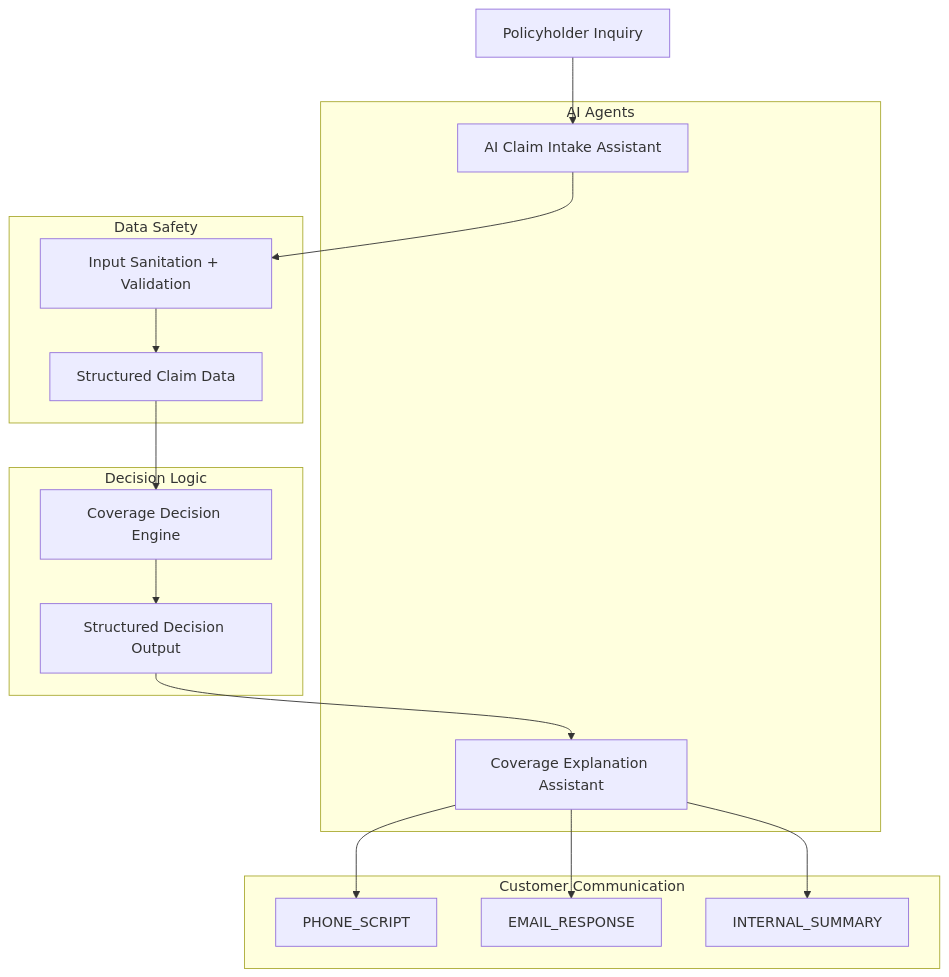
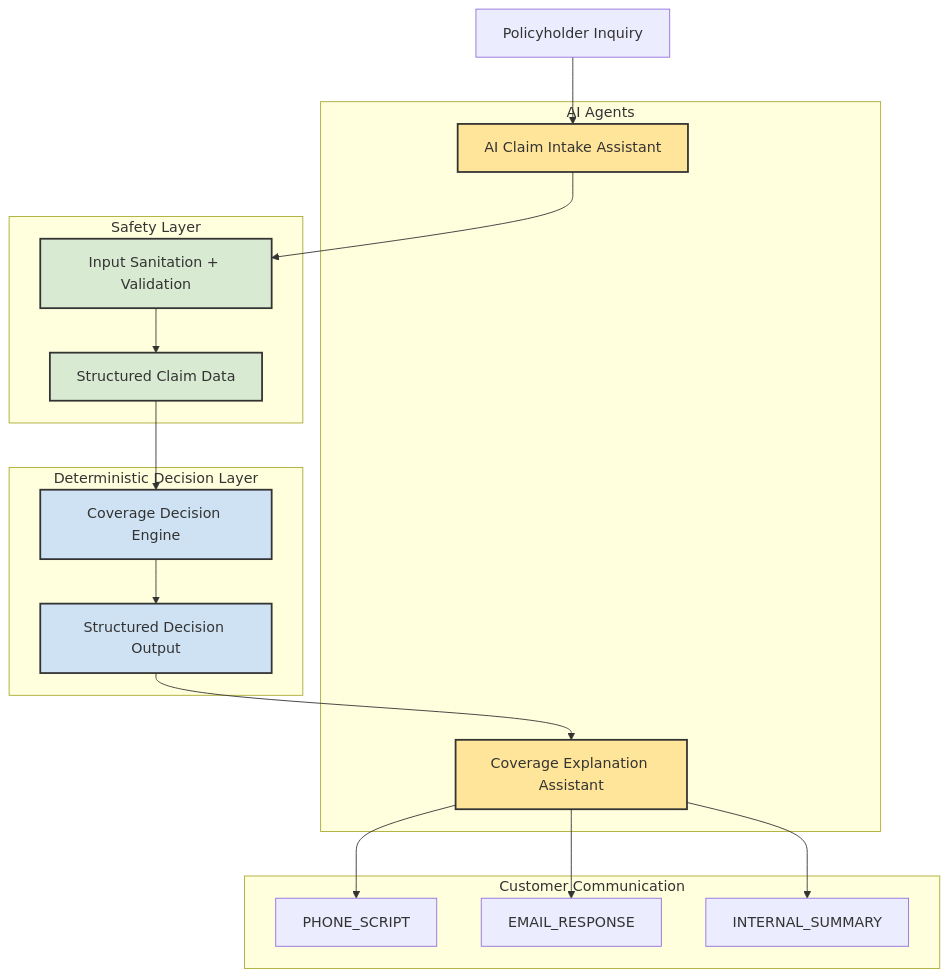
The diagram in README.md (badenaaron-oss/badenaaron-oss), drawn with Mermaid before and after one commit.

````diff
--- a/README.md
+++ b/README.md
@@ -9,36 +9,46 @@
 ```mermaid
 flowchart TD
 
 A[Policyholder Inquiry]
 
 subgraph AI Agents
 B[AI Claim Intake Assistant]
 G[Coverage Explanation Assistant]
 end
 
-subgraph Data Safety
+subgraph Safety Layer
 C[Input Sanitation + Validation]
 D[Structured Claim Data]
 end
 
-subgraph Decision Logic
+subgraph Deterministic Decision Layer
 E[Coverage Decision Engine]
 F[Structured Decision Output]
 end
 
 subgraph Customer Communication
 H[PHONE_SCRIPT]
 I[EMAIL_RESPONSE]
 J[INTERNAL_SUMMARY]
 end
 
 A --> B
 B --> C
 C --> D
 D --> E
 E --> F
 F --> G
 G --> H
 G --> I
 G --> J
+
+%% styling
+
+classDef ai fill:#ffe599,stroke:#333,stroke-width:2px
+classDef safety fill:#d9ead3,stroke:#333,stroke-width:2px
+classDef decision fill:#cfe2f3,stroke:#333,stroke-width:2px
+
+class B,G ai
+class C,D safety
+class E,F decision
 ```
````
